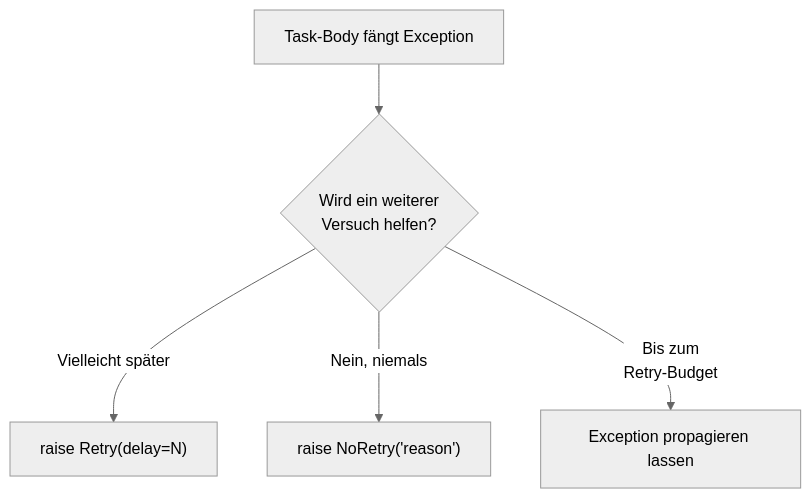
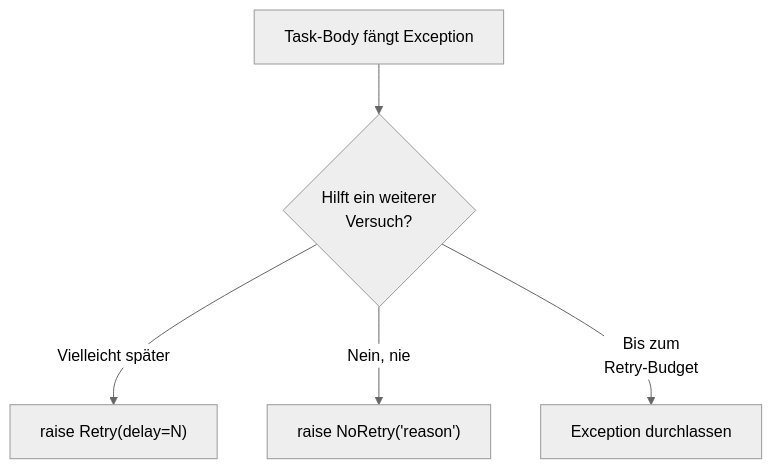
Before and after one commit to Schorschofwill/swarmq: the third of 9 diagrams in website/reference/agent/decision-trees.de.md, drawn with Mermaid (neutral theme). The commit also changed other lines of this file and 84 other files, not shown here.

````diff
--- a/website/reference/agent/decision-trees.de.md
+++ b/website/reference/agent/decision-trees.de.md
@@ -54,7 +62,7 @@
 ```mermaid
 flowchart TD
-    A[Task-Body fängt Exception] --> B{Wird ein weiterer<br/>Versuch helfen?}
+    A[Task-Body fängt Exception] --> B{Hilft ein weiterer<br/>Versuch?}
     B -->|Vielleicht später| C["raise Retry(delay=N)"]
-    B -->|Nein, niemals| D["raise NoRetry('reason')"]
-    B -->|Bis zum<br/>Retry-Budget| E["Exception propagieren lassen"]
+    B -->|Nein, nie| D["raise NoRetry('reason')"]
+    B -->|Bis zum<br/>Retry-Budget| E["Exception durchlassen"]
 ```
````
